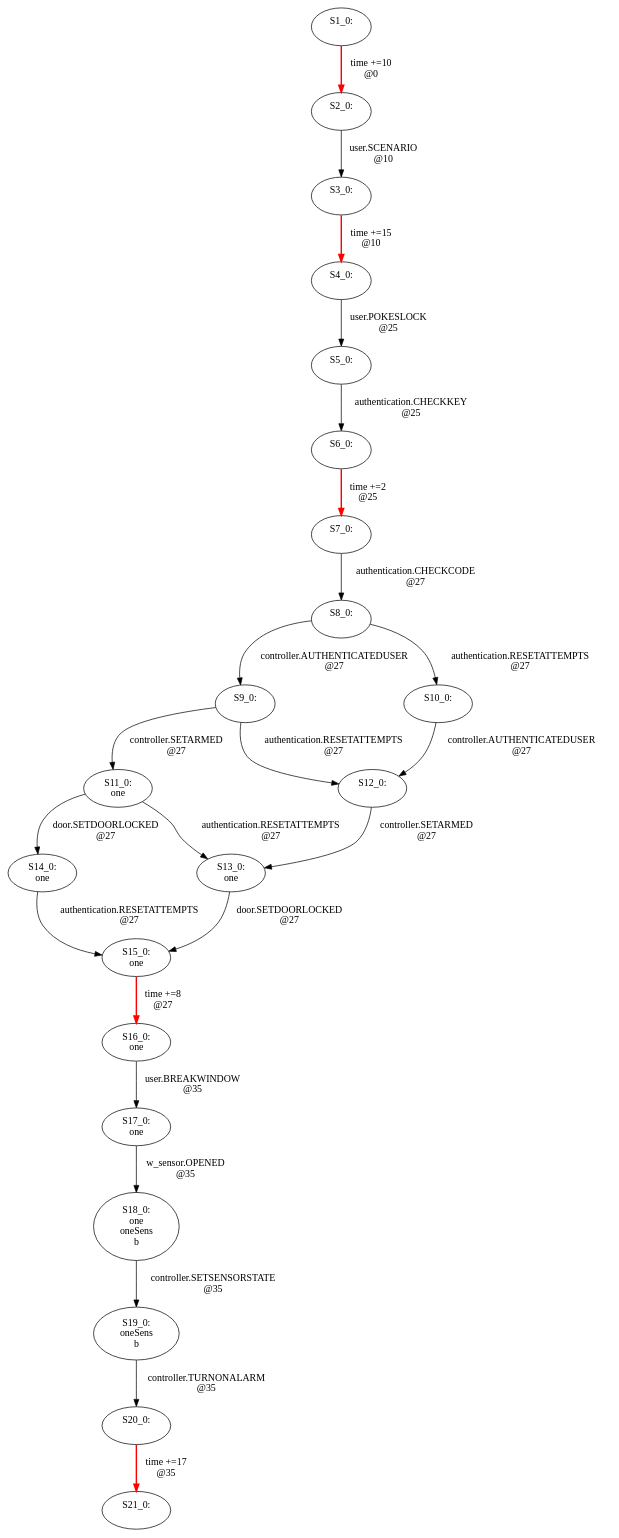
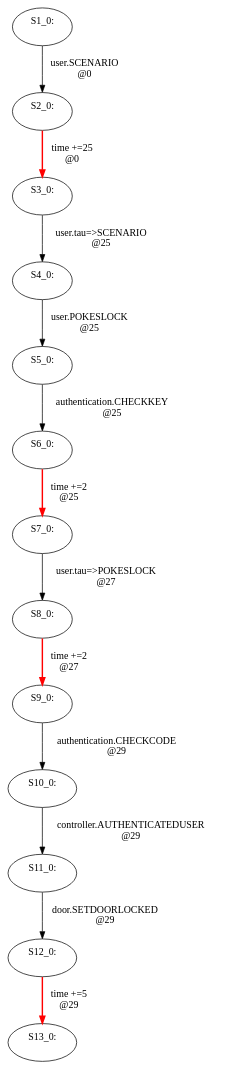
One commit to CEN90/Homealarm changed the diagram in Rebeca/src/alarm.dot. Above: the diagram before and after it, drawn with Graphviz. The commit also changed 4 other files, not shown here.

```diff
--- a/Rebeca/src/alarm.dot
+++ b/Rebeca/src/alarm.dot
@@ -1,46 +1,27 @@
 digraph html {
 S1_0[label="S1_0: \n "];
 S2_0[label="S2_0: \n "];
-S1_0 -> S2_0[label="time +=10 \n @0", style="bold", color="red"];
 S3_0[label="S3_0: \n "];
+S2_0 -> S3_0[label="time +=25 \n @0", style="bold", color="red"];
+S1_0 -> S2_0[label="user.SCENARIO \n @0"];
 S4_0[label="S4_0: \n "];
-S3_0 -> S4_0[label="time +=15 \n @10", style="bold", color="red"];
-S2_0 -> S3_0[label="user.SCENARIO \n @10"];
+S3_0 -> S4_0[label="user.tau=>SCENARIO \n @25"];
 S5_0[label="S5_0: \n "];
 S4_0 -> S5_0[label="user.POKESLOCK \n @25"];
 S6_0[label="S6_0: \n "];
 S7_0[label="S7_0: \n "];
 S6_0 -> S7_0[label="time +=2 \n @25", style="bold", color="red"];
 S5_0 -> S6_0[label="authentication.CHECKKEY \n @25"];
 S8_0[label="S8_0: \n "];
-S7_0 -> S8_0[label="authentication.CHECKCODE \n @27"];
 S9_0[label="S9_0: \n "];
-S8_0 -> S9_0[label="controller.AUTHENTICATEDUSER \n @27"];
+S8_0 -> S9_0[label="time +=2 \n @27", style="bold", color="red"];
+S7_0 -> S8_0[label="user.tau=>POKESLOCK \n @27"];
 S10_0[label="S10_0: \n "];
-S8_0 -> S10_0[label="authentication.RESETATTEMPTS \n @27"];
-S11_0[label="S11_0: \n one"];
-S9_0 -> S11_0[label="controller.SETARMED \n @27"];
+S9_0 -> S10_0[label="authentication.CHECKCODE \n @29"];
+S11_0[label="S11_0: \n "];
+S10_0 -> S11_0[label="controller.AUTHENTICATEDUSER \n @29"];
 S12_0[label="S12_0: \n "];
-S9_0 -> S12_0[label="authentication.RESETATTEMPTS \n @27"];
-S10_0 -> S12_0[label="controller.AUTHENTICATEDUSER \n @27"];
-S13_0[label="S13_0: \n one"];
-S11_0 -> S13_0[label="authentication.RESETATTEMPTS \n @27"];
-S14_0[label="S14_0: \n one"];
-S11_0 -> S14_0[label="door.SETDOORLOCKED \n @27"];
-S12_0 -> S13_0[label="controller.SETARMED \n @27"];
-S15_0[label="S15_0: \n one"];
-S16_0[label="S16_0: \n one"];
-S15_0 -> S16_0[label="time +=8 \n @27", style="bold", color="red"];
-S13_0 -> S15_0[label="door.SETDOORLOCKED \n @27"];
-S14_0 -> S15_0[label="authentication.RESETATTEMPTS \n @27"];
-S17_0[label="S17_0: \n one"];
-S16_0 -> S17_0[label="user.BREAKWINDOW \n @35"];
-S18_0[label="S18_0: \n one \n oneSens \n b"];
-S17_0 -> S18_0[label="w_sensor.OPENED \n @35"];
-S19_0[label="S19_0: \n oneSens \n b"];
-S18_0 -> S19_0[label="controller.SETSENSORSTATE \n @35"];
-S20_0[label="S20_0: \n "];
-S21_0[label="S21_0: \n "];
-S20_0 -> S21_0[label="time +=17 \n @35", style="bold", color="red"];
-S19_0 -> S20_0[label="controller.TURNONALARM \n @35"];
+S13_0[label="S13_0: \n "];
+S12_0 -> S13_0[label="time +=5 \n @29", style="bold", color="red"];
+S11_0 -> S12_0[label="door.SETDOORLOCKED \n @29"];
 }
```
